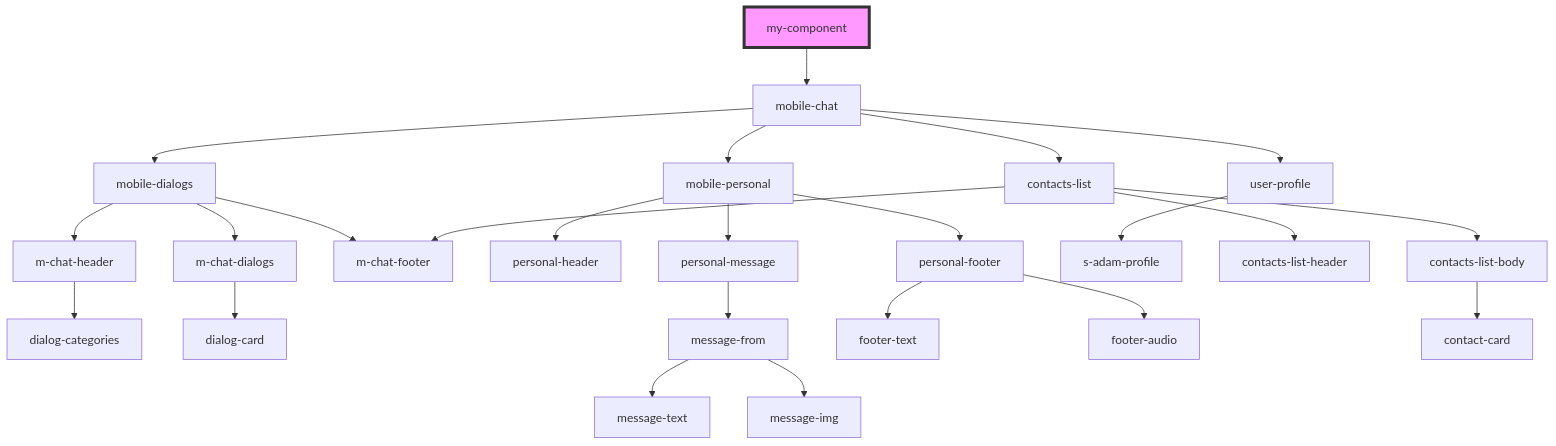
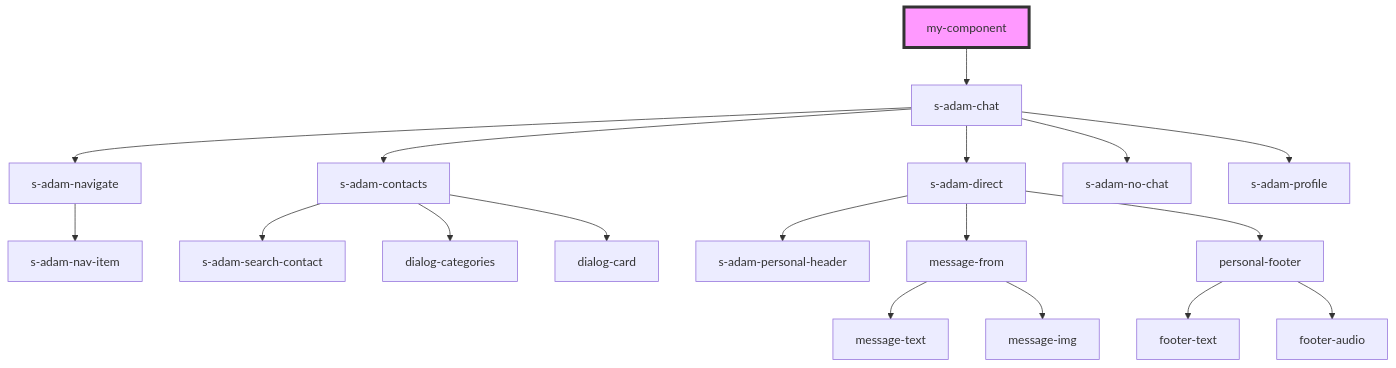
Before and after one commit to saqhan/stencil-chat: the diagram in src/components/my-component/readme.md, drawn with Mermaid. The commit also changed other lines of this file and 26 other files, not shown here.

````diff
--- a/src/components/my-component/readme.md
+++ b/src/components/my-component/readme.md
@@ -13,27 +13,21 @@
 ```mermaid
 graph TD;
-  my-component --> mobile-chat
-  mobile-chat --> mobile-dialogs
-  mobile-chat --> mobile-personal
-  mobile-chat --> user-profile
-  mobile-chat --> contacts-list
-  mobile-dialogs --> m-chat-header
-  mobile-dialogs --> m-chat-dialogs
-  mobile-dialogs --> m-chat-footer
-  m-chat-header --> dialog-categories
-  m-chat-dialogs --> dialog-card
-  mobile-personal --> personal-header
-  mobile-personal --> personal-message
-  mobile-personal --> personal-footer
-  personal-message --> message-from
+  my-component --> s-adam-chat
+  s-adam-chat --> s-adam-navigate
+  s-adam-chat --> s-adam-contacts
+  s-adam-chat --> s-adam-direct
+  s-adam-chat --> s-adam-no-chat
+  s-adam-chat --> s-adam-profile
+  s-adam-navigate --> s-adam-nav-item
+  s-adam-contacts --> s-adam-search-contact
+  s-adam-contacts --> dialog-categories
+  s-adam-contacts --> dialog-card
+  s-adam-direct --> s-adam-personal-header
+  s-adam-direct --> message-from
+  s-adam-direct --> personal-footer
   message-from --> message-text
   message-from --> message-img
   personal-footer --> footer-text
   personal-footer --> footer-audio
-  user-profile --> s-adam-profile
-  contacts-list --> contacts-list-header
-  contacts-list --> contacts-list-body
-  contacts-list --> m-chat-footer
-  contacts-list-body --> contact-card
   style my-component fill:#f9f,stroke:#333,stroke-width:4px
 ```
````
